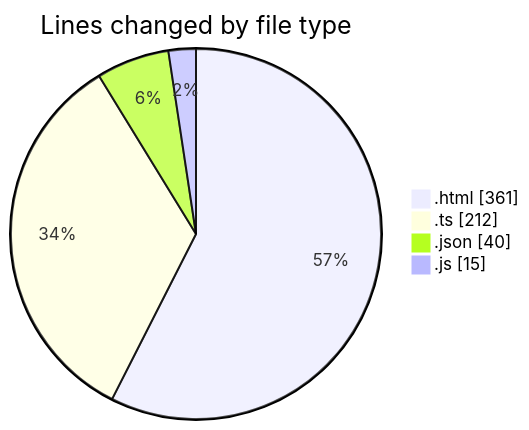
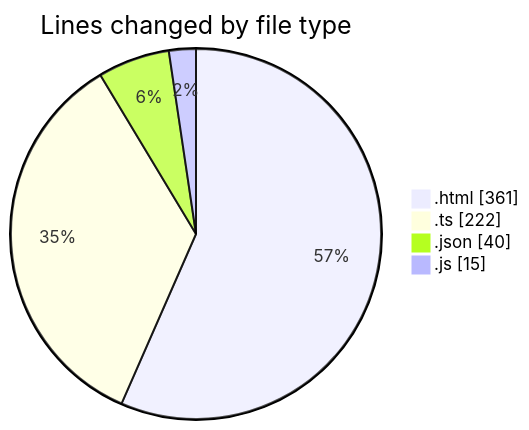
One commit to momahboobian/code-tracking changed the first of 2 diagrams in 2025-05-15/news-clock-system-caspercg/README.md. Above: the diagram before and after it, drawn with Mermaid. The commit also changed other lines of this file and 1 other file, not shown here.

````diff
--- a/2025-05-15/news-clock-system-caspercg/README.md
+++ b/2025-05-15/news-clock-system-caspercg/README.md
@@ -28,8 +28,8 @@
 ```mermaid
 pie showData
 title Lines changed by file type
 ".html" : 361
-".ts" : 212
+".ts" : 222
 ".json" : 40
 ".js" : 15
 ```
````
